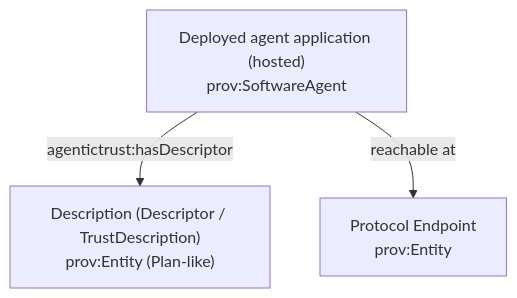
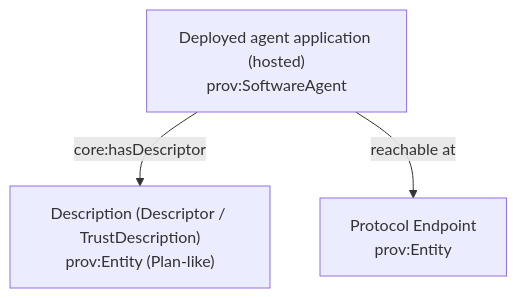
The second of 3 diagrams in docs/ontology/agent-application.md (Agentic-Trust-Layer/agent-explorer), drawn with Mermaid before and after one commit. The commit also changed other lines of this file and 49 other files, not shown here.

````diff
--- a/docs/ontology/agent-application.md
+++ b/docs/ontology/agent-application.md
@@ -53,9 +53,9 @@
 ```mermaid
 graph TB
   Desc["Description (Descriptor / TrustDescription)\nprov:Entity (Plan-like)"]
   Thing["Deployed agent application (hosted)\nprov:SoftwareAgent"]
   Endpoint["Protocol Endpoint\nprov:Entity"]
 
-  Thing -->|agentictrust:hasDescriptor| Desc
+  Thing -->|core:hasDescriptor| Desc
   Thing -->|reachable at| Endpoint
 ```
````
